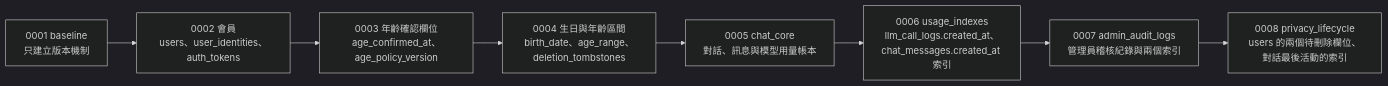
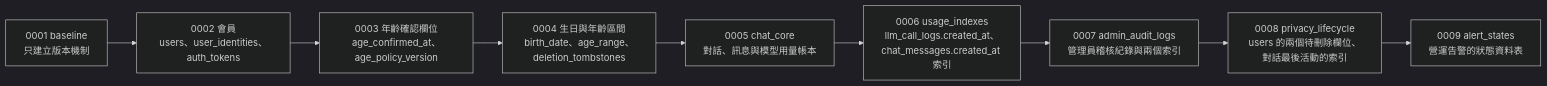
Before and after one commit to pp466pp466/R.A.C: the second of 3 diagrams in docs/資料模型-data-model.md, drawn with Mermaid (dark theme). The commit also changed other lines of this file and 34 other files, not shown here.

````diff
--- a/docs/資料模型-data-model.md
+++ b/docs/資料模型-data-model.md
@@ -143,10 +154,11 @@
 ```mermaid
 flowchart LR
     M1["0001 baseline<br/>只建立版本機制"] --> M2["0002 會員<br/>users、user_identities、auth_tokens"]
     M2 --> M3["0003 年齡確認欄位<br/>age_confirmed_at、age_policy_version"]
     M3 --> M4["0004 生日與年齡區間<br/>birth_date、age_range、deletion_tombstones"]
     M4 --> M5["0005 chat_core<br/>對話、訊息與模型用量帳本"]
     M5 --> M6["0006 usage_indexes<br/>llm_call_logs.created_at、chat_messages.created_at 索引"]
     M6 --> M7["0007 admin_audit_logs<br/>管理員稽核紀錄與兩個索引"]
     M7 --> M8["0008 privacy_lifecycle<br/>users 的兩個待刪除欄位、對話最後活動的索引"]
+    M8 --> M9["0009 alert_states<br/>營運告警的狀態資料表"]
 ```
````
